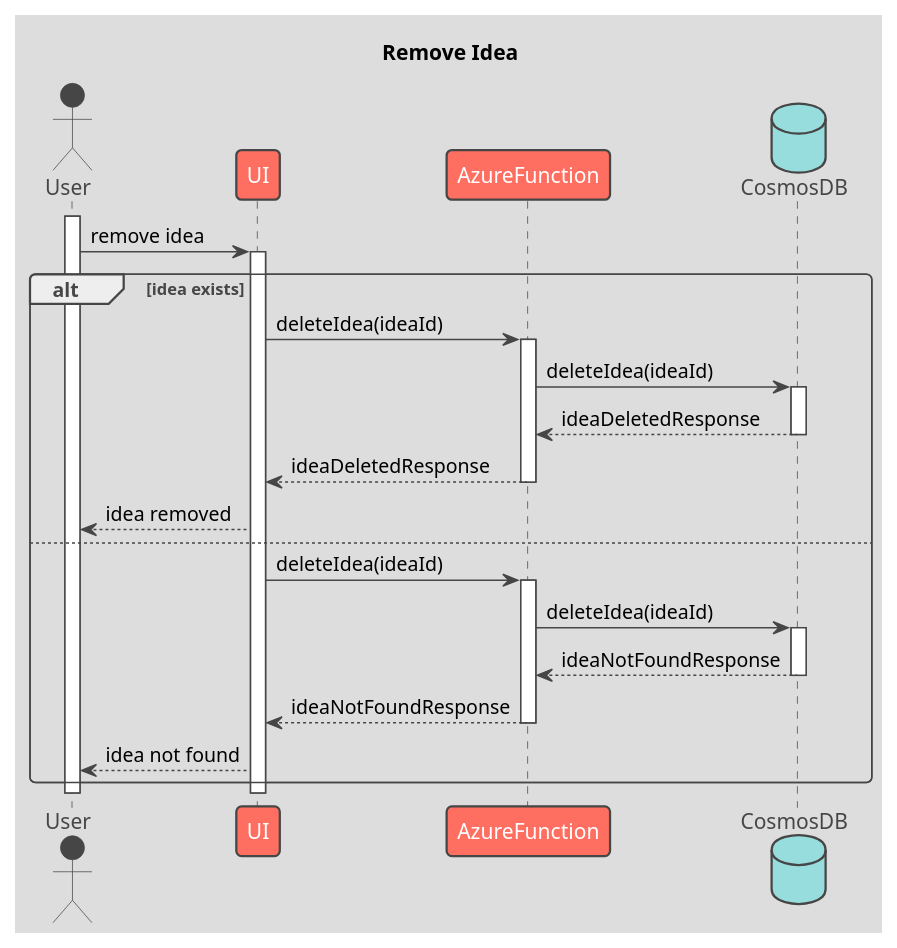
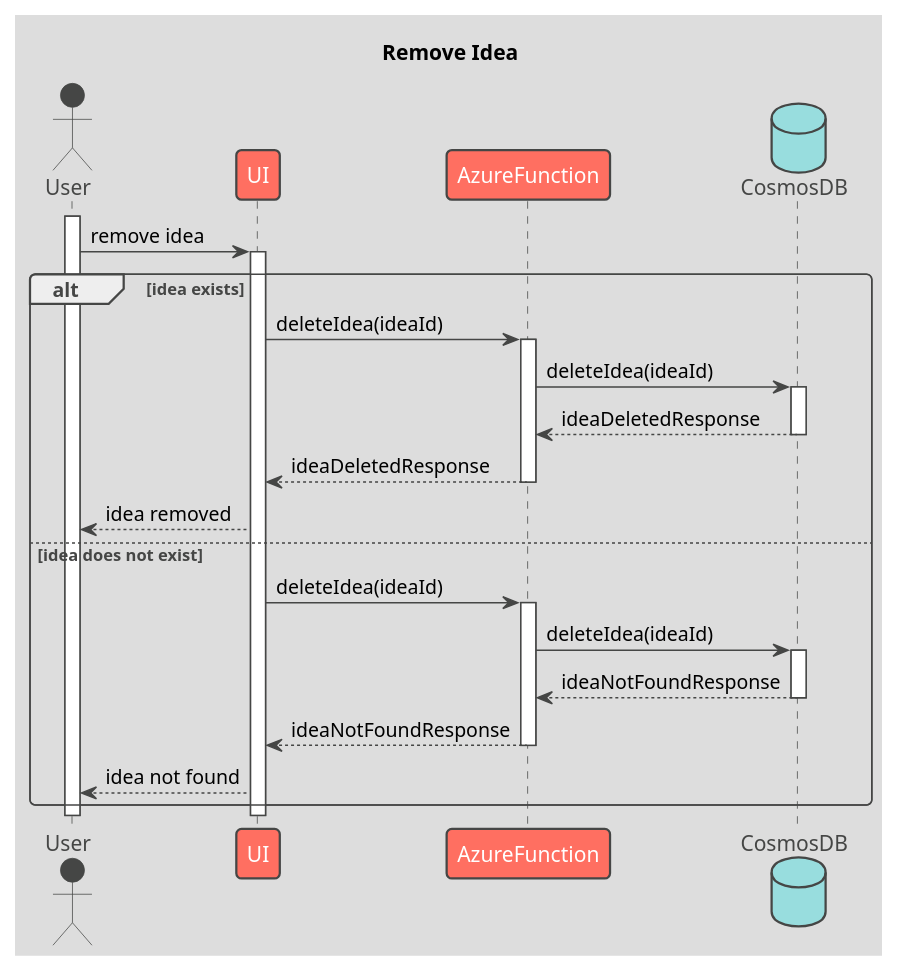
One commit to Mederer/AlburyUML changed the diagram in sequence/admin/manageIdeas/RemoveIdea.puml. Above: the diagram before and after it, drawn with PlantUML.

Commit message:
fix: added description to RemoveIdea else statement

```diff
--- a/sequence/admin/manageIdeas/RemoveIdea.puml
+++ b/sequence/admin/manageIdeas/RemoveIdea.puml
@@ -1,38 +1,38 @@
 @startuml Comment On Idea
 !theme toy
 title Remove Idea
 actor User
 participant UI
 participant AzureFunction
 database CosmosDB
 
 activate User
 User -> UI: remove idea
 activate UI
 
 alt idea exists
     UI -> AzureFunction: deleteIdea(ideaId)
     activate AzureFunction
     AzureFunction -> CosmosDB: deleteIdea(ideaId)
     activate CosmosDB
     CosmosDB --> AzureFunction: ideaDeletedResponse
     deactivate CosmosDB
     AzureFunction --> UI: ideaDeletedResponse
     deactivate AzureFunction
     UI --> User: idea removed
-else
+else idea does not exist
     UI -> AzureFunction: deleteIdea(ideaId)
     activate AzureFunction
     AzureFunction -> CosmosDB: deleteIdea(ideaId)
     activate CosmosDB
     CosmosDB --> AzureFunction: ideaNotFoundResponse
     deactivate CosmosDB
     AzureFunction --> UI: ideaNotFoundResponse
     deactivate AzureFunction
     UI --> User: idea not found
 end
 
 deactivate UI
 deactivate User
 
 @enduml
```
